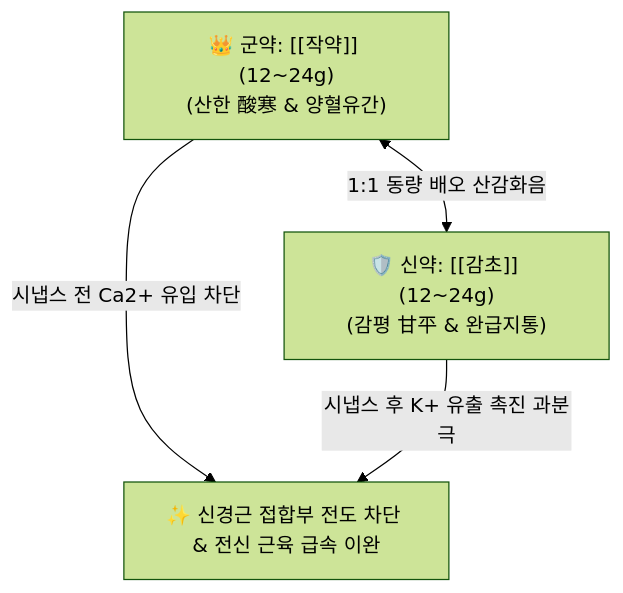
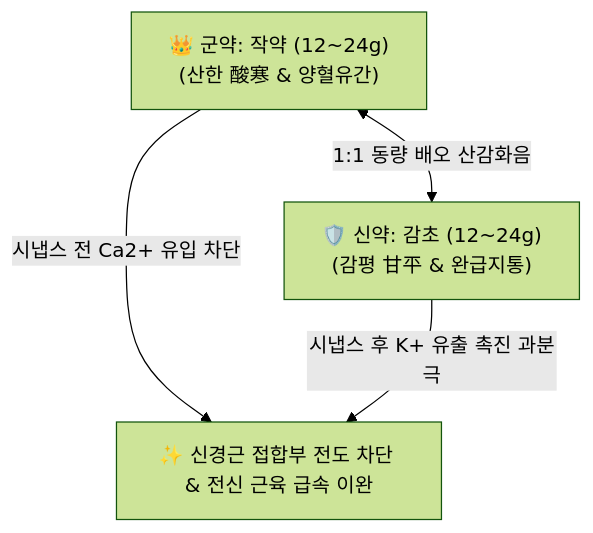
One commit to simbio11/simbio-digital-garden2 changed the diagram in content/2. 약리 공부/처방/02_보익제/작약감초탕.md. Above: the diagram before and after it, drawn with Mermaid (forest theme). The commit also changed other lines of this file and 323 other files, not shown here.

````diff
--- a/content/2. 약리 공부/처방/02_보익제/작약감초탕.md
+++ b/content/2. 약리 공부/처방/02_보익제/작약감초탕.md
@@ -42,6 +44,6 @@
 ```mermaid
 graph TD
-    JY["👑 군약: [[작약]] (12~24g)<br>(산한 酸寒 & 양혈유간)"] <-->|1:1 동량 배오 산감화음| GC["🛡️ 신약: [[감초]] (12~24g)<br>(감평 甘平 & 완급지통)"]
+    JY["👑 군약: 작약 (12~24g)<br>(산한 酸寒 & 양혈유간)"] <-->|1:1 동량 배오 산감화음| GC["🛡️ 신약: 감초 (12~24g)<br>(감평 甘平 & 완급지통)"]
     JY -->|시냅스 전 Ca2+ 유입 차단| Muscle["✨ 신경근 접합부 전도 차단 & 전신 근육 급속 이완"]
     GC -->|시냅스 후 K+ 유출 촉진 과분극| Muscle
 ```
````
